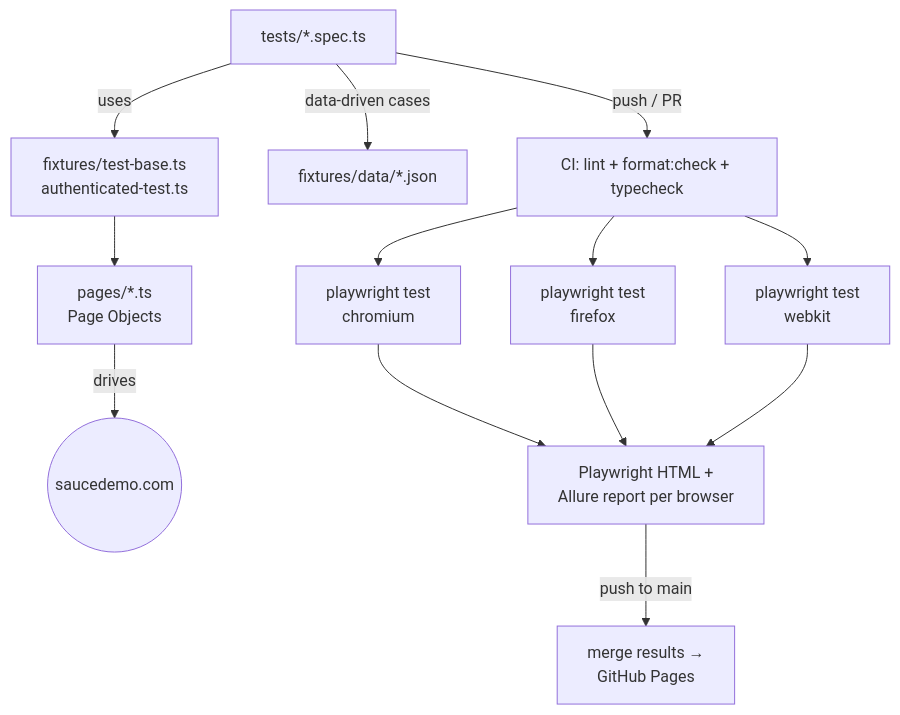
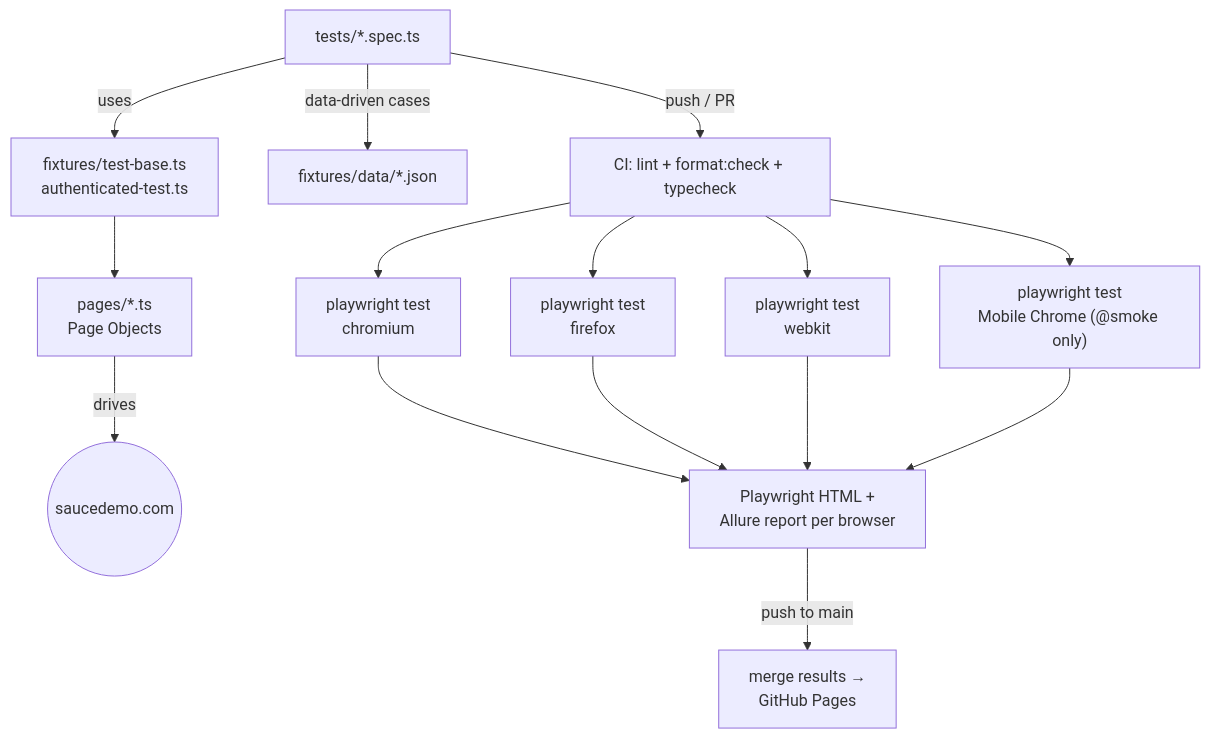
Before and after one commit to gesttaltt/qa-funtional-testing: the diagram in README.md, drawn with Mermaid. The commit also changed other lines of this file and 7 other files, not shown here.

First line of the commit message:
Agregar proyecto Mobile Chrome con smoke tests taggeados @smoke

````diff
--- a/README.md
+++ b/README.md
@@ -35,16 +36,18 @@
 ```mermaid
 flowchart TB
     A["tests/*.spec.ts"] -->|uses| B["fixtures/test-base.ts<br/>authenticated-test.ts"]
     A -->|data-driven cases| D["fixtures/data/*.json"]
     B --> C["pages/*.ts<br/>Page Objects"]
     C -->|drives| E(("saucedemo.com"))
 
     A -->|push / PR| F["CI: lint + format:check + typecheck"]
     F --> G1["playwright test<br/>chromium"]
     F --> G2["playwright test<br/>firefox"]
     F --> G3["playwright test<br/>webkit"]
+    F --> G4["playwright test<br/>Mobile Chrome (@smoke only)"]
     G1 --> H["Playwright HTML +<br/>Allure report per browser"]
     G2 --> H
     G3 --> H
+    G4 --> H
     H -->|push to main| I["merge results →<br/>GitHub Pages"]
 ```
````
